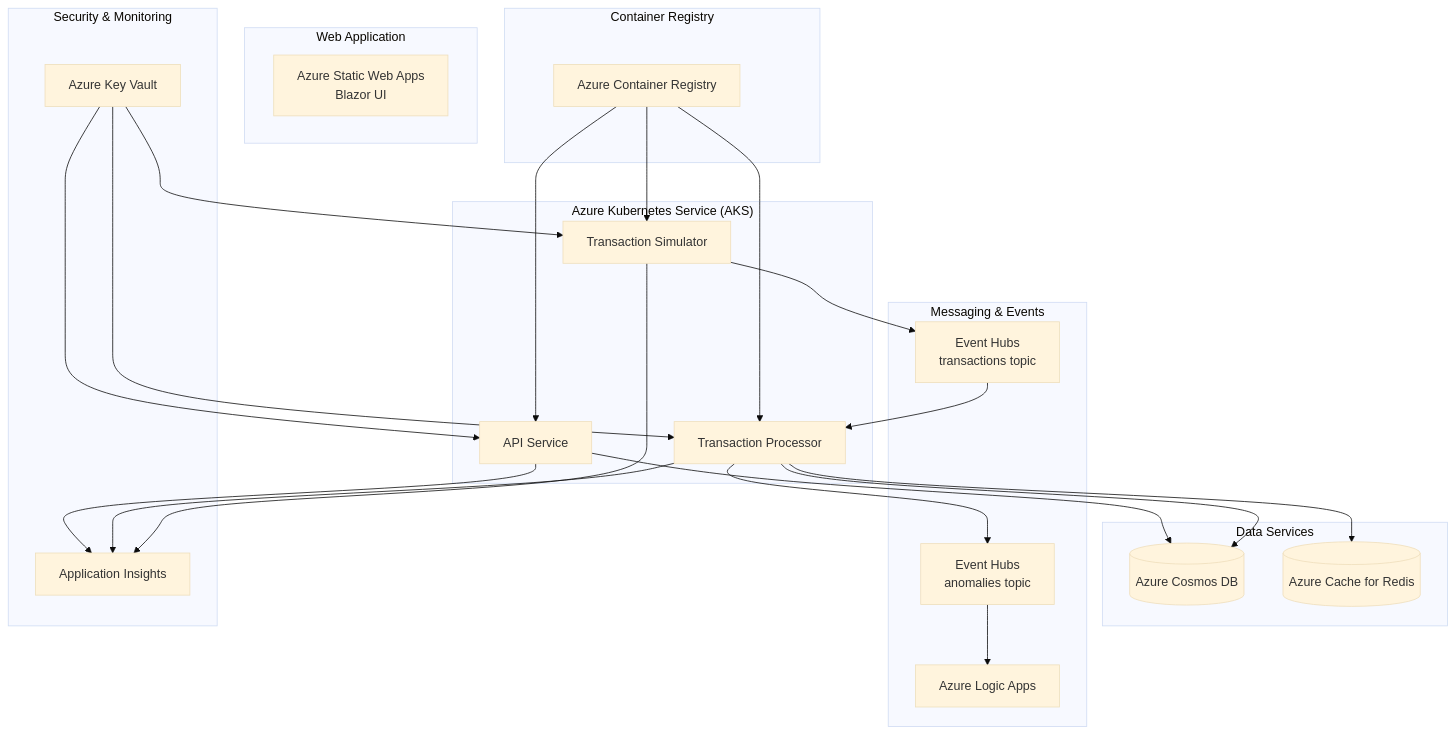
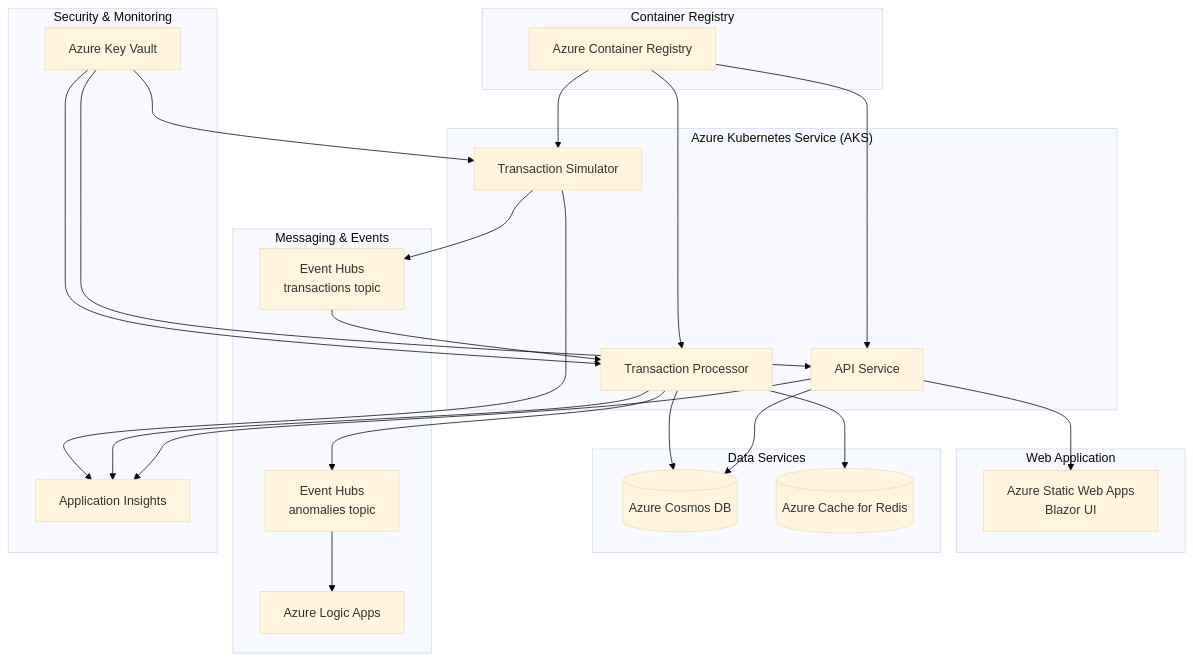
The second of 4 diagrams in README.md (JonathanHidalgoN/RealTimeTransactionMonitoring), drawn with Mermaid (base theme) before and after one commit. The commit also changed other lines of this file and 1 other file, not shown here.

````diff
--- a/README.md
+++ b/README.md
@@ -45,58 +45,60 @@
 ```mermaid
 graph TB
     subgraph "Azure Kubernetes Service (AKS)"
         API[API Service]
         PROC[Transaction Processor]
         SIM[Transaction Simulator]
     end
 
     subgraph "Container Registry"
         ACR[Azure Container Registry]
     end
-    
+
     subgraph "Web Application"
         SWA[Azure Static Web Apps<br/>Blazor UI]
     end
 
     subgraph "Data Services"
         COSMOS[(Azure Cosmos DB)]
         REDIS[(Azure Cache for Redis)]
     end
 
     subgraph "Messaging & Events"
         EH_TRANS[Event Hubs<br/>transactions topic]
         EH_ANOM[Event Hubs<br/>anomalies topic]
         LOGIC[Azure Logic Apps]
     end
 
     subgraph "Security & Monitoring"
         KV[Azure Key Vault]
         INSIGHTS[Application Insights]
     end
 
     %% Key Vault provides secrets TO services
     KV --> API
     KV --> PROC
     KV --> SIM
-    
+
+    API --> SWA
+
     %% Services send telemetry TO App Insights
     API --> INSIGHTS
     PROC --> INSIGHTS
     SIM --> INSIGHTS
 
     %% Data connections
     API --> COSMOS
     PROC --> COSMOS
     PROC --> REDIS
 
     %% Event flow
     SIM --> EH_TRANS
     EH_TRANS --> PROC
     PROC --> EH_ANOM
     EH_ANOM --> LOGIC
 
     %% Container registry provides images TO services
     ACR --> API
     ACR --> PROC
     ACR --> SIM
 ```
````
